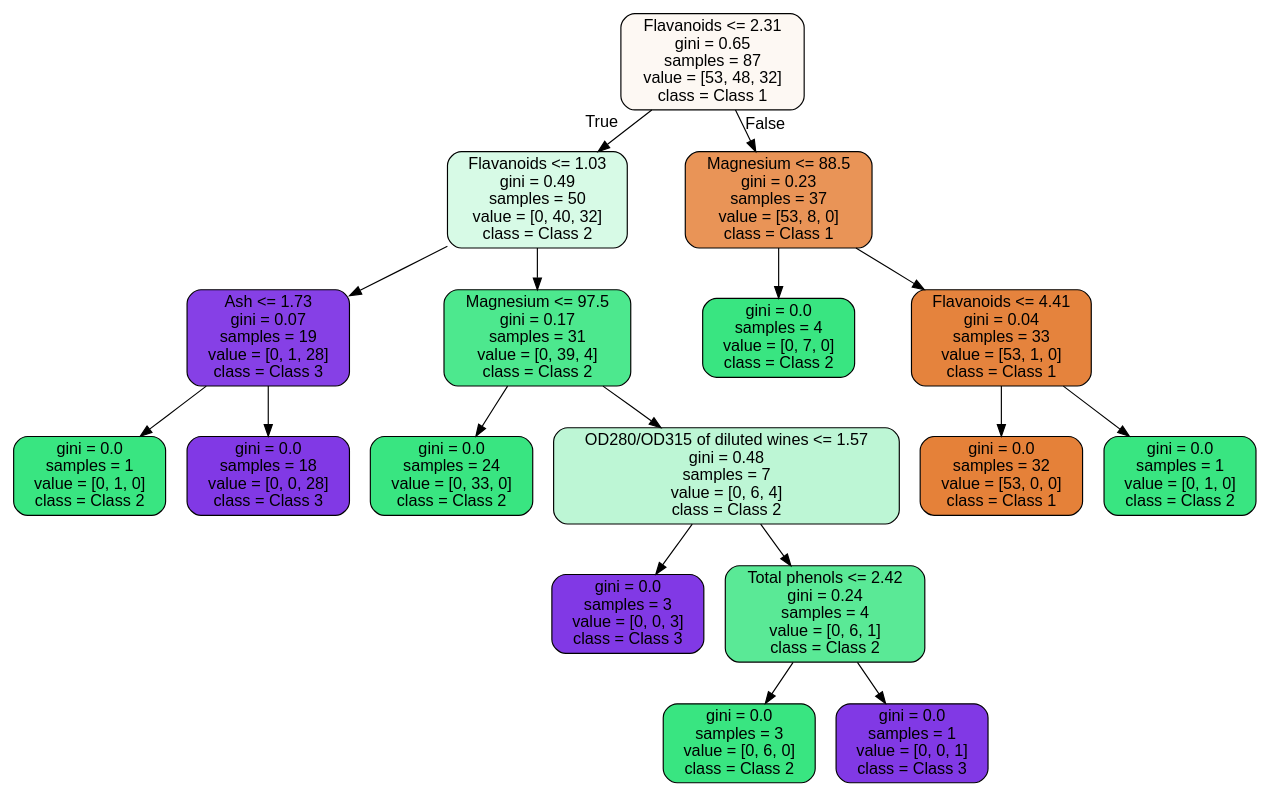
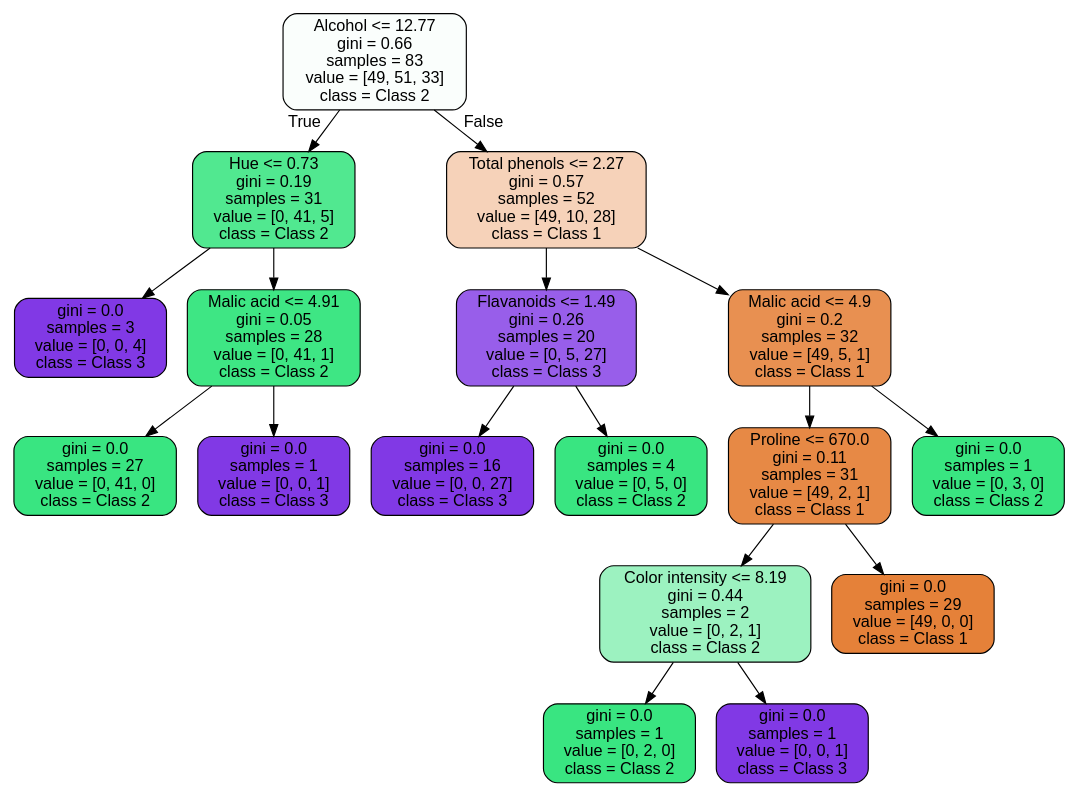
One commit to Monarene/wine-checks changed the diagram in tree.dot. Above: the diagram before and after it, drawn with Graphviz. The commit also changed 8 other files, not shown here.

```diff
--- a/tree.dot
+++ b/tree.dot
@@ -1,37 +1,37 @@
 digraph Tree {
 node [shape=box, style="filled, rounded", color="black", fontname=helvetica] ;
 edge [fontname=helvetica] ;
-0 [label="Flavanoids <= 2.31\ngini = 0.65\nsamples = 87\nvalue = [53, 48, 32]\nclass = Class 1", fillcolor="#fdf8f3"] ;
-1 [label="Flavanoids <= 1.03\ngini = 0.49\nsamples = 50\nvalue = [0, 40, 32]\nclass = Class 2", fillcolor="#d7fae6"] ;
+0 [label="Alcohol <= 12.77\ngini = 0.66\nsamples = 83\nvalue = [49, 51, 33]\nclass = Class 2", fillcolor="#fafefc"] ;
+1 [label="Hue <= 0.73\ngini = 0.19\nsamples = 31\nvalue = [0, 41, 5]\nclass = Class 2", fillcolor="#51e890"] ;
 0 -> 1 [labeldistance=2.5, labelangle=45, headlabel="True"] ;
-2 [label="Ash <= 1.73\ngini = 0.07\nsamples = 19\nvalue = [0, 1, 28]\nclass = Class 3", fillcolor="#8640e6"] ;
+2 [label="gini = 0.0\nsamples = 3\nvalue = [0, 0, 4]\nclass = Class 3", fillcolor="#8139e5"] ;
 1 -> 2 ;
-3 [label="gini = 0.0\nsamples = 1\nvalue = [0, 1, 0]\nclass = Class 2", fillcolor="#39e581"] ;
-2 -> 3 ;
-4 [label="gini = 0.0\nsamples = 18\nvalue = [0, 0, 28]\nclass = Class 3", fillcolor="#8139e5"] ;
-2 -> 4 ;
-5 [label="Magnesium <= 97.5\ngini = 0.17\nsamples = 31\nvalue = [0, 39, 4]\nclass = Class 2", fillcolor="#4de88e"] ;
-1 -> 5 ;
-6 [label="gini = 0.0\nsamples = 24\nvalue = [0, 33, 0]\nclass = Class 2", fillcolor="#39e581"] ;
-5 -> 6 ;
-7 [label="OD280/OD315 of diluted wines <= 1.57\ngini = 0.48\nsamples = 7\nvalue = [0, 6, 4]\nclass = Class 2", fillcolor="#bdf6d5"] ;
-5 -> 7 ;
-8 [label="gini = 0.0\nsamples = 3\nvalue = [0, 0, 3]\nclass = Class 3", fillcolor="#8139e5"] ;
+3 [label="Malic acid <= 4.91\ngini = 0.05\nsamples = 28\nvalue = [0, 41, 1]\nclass = Class 2", fillcolor="#3ee684"] ;
+1 -> 3 ;
+4 [label="gini = 0.0\nsamples = 27\nvalue = [0, 41, 0]\nclass = Class 2", fillcolor="#39e581"] ;
+3 -> 4 ;
+5 [label="gini = 0.0\nsamples = 1\nvalue = [0, 0, 1]\nclass = Class 3", fillcolor="#8139e5"] ;
+3 -> 5 ;
+6 [label="Total phenols <= 2.27\ngini = 0.57\nsamples = 52\nvalue = [49, 10, 28]\nclass = Class 1", fillcolor="#f6d2b9"] ;
+0 -> 6 [labeldistance=2.5, labelangle=-45, headlabel="False"] ;
+7 [label="Flavanoids <= 1.49\ngini = 0.26\nsamples = 20\nvalue = [0, 5, 27]\nclass = Class 3", fillcolor="#985eea"] ;
+6 -> 7 ;
+8 [label="gini = 0.0\nsamples = 16\nvalue = [0, 0, 27]\nclass = Class 3", fillcolor="#8139e5"] ;
 7 -> 8 ;
-9 [label="Total phenols <= 2.42\ngini = 0.24\nsamples = 4\nvalue = [0, 6, 1]\nclass = Class 2", fillcolor="#5ae996"] ;
+9 [label="gini = 0.0\nsamples = 4\nvalue = [0, 5, 0]\nclass = Class 2", fillcolor="#39e581"] ;
 7 -> 9 ;
-10 [label="gini = 0.0\nsamples = 3\nvalue = [0, 6, 0]\nclass = Class 2", fillcolor="#39e581"] ;
-9 -> 10 ;
-11 [label="gini = 0.0\nsamples = 1\nvalue = [0, 0, 1]\nclass = Class 3", fillcolor="#8139e5"] ;
-9 -> 11 ;
-12 [label="Magnesium <= 88.5\ngini = 0.23\nsamples = 37\nvalue = [53, 8, 0]\nclass = Class 1", fillcolor="#e99457"] ;
-0 -> 12 [labeldistance=2.5, labelangle=-45, headlabel="False"] ;
-13 [label="gini = 0.0\nsamples = 4\nvalue = [0, 7, 0]\nclass = Class 2", fillcolor="#39e581"] ;
+10 [label="Malic acid <= 4.9\ngini = 0.2\nsamples = 32\nvalue = [49, 5, 1]\nclass = Class 1", fillcolor="#e89051"] ;
+6 -> 10 ;
+11 [label="Proline <= 670.0\ngini = 0.11\nsamples = 31\nvalue = [49, 2, 1]\nclass = Class 1", fillcolor="#e78945"] ;
+10 -> 11 ;
+12 [label="Color intensity <= 8.19\ngini = 0.44\nsamples = 2\nvalue = [0, 2, 1]\nclass = Class 2", fillcolor="#9cf2c0"] ;
+11 -> 12 ;
+13 [label="gini = 0.0\nsamples = 1\nvalue = [0, 2, 0]\nclass = Class 2", fillcolor="#39e581"] ;
 12 -> 13 ;
-14 [label="Flavanoids <= 4.41\ngini = 0.04\nsamples = 33\nvalue = [53, 1, 0]\nclass = Class 1", fillcolor="#e5833d"] ;
+14 [label="gini = 0.0\nsamples = 1\nvalue = [0, 0, 1]\nclass = Class 3", fillcolor="#8139e5"] ;
 12 -> 14 ;
-15 [label="gini = 0.0\nsamples = 32\nvalue = [53, 0, 0]\nclass = Class 1", fillcolor="#e58139"] ;
-14 -> 15 ;
-16 [label="gini = 0.0\nsamples = 1\nvalue = [0, 1, 0]\nclass = Class 2", fillcolor="#39e581"] ;
-14 -> 16 ;
+15 [label="gini = 0.0\nsamples = 29\nvalue = [49, 0, 0]\nclass = Class 1", fillcolor="#e58139"] ;
+11 -> 15 ;
+16 [label="gini = 0.0\nsamples = 1\nvalue = [0, 3, 0]\nclass = Class 2", fillcolor="#39e581"] ;
+10 -> 16 ;
 }
```
